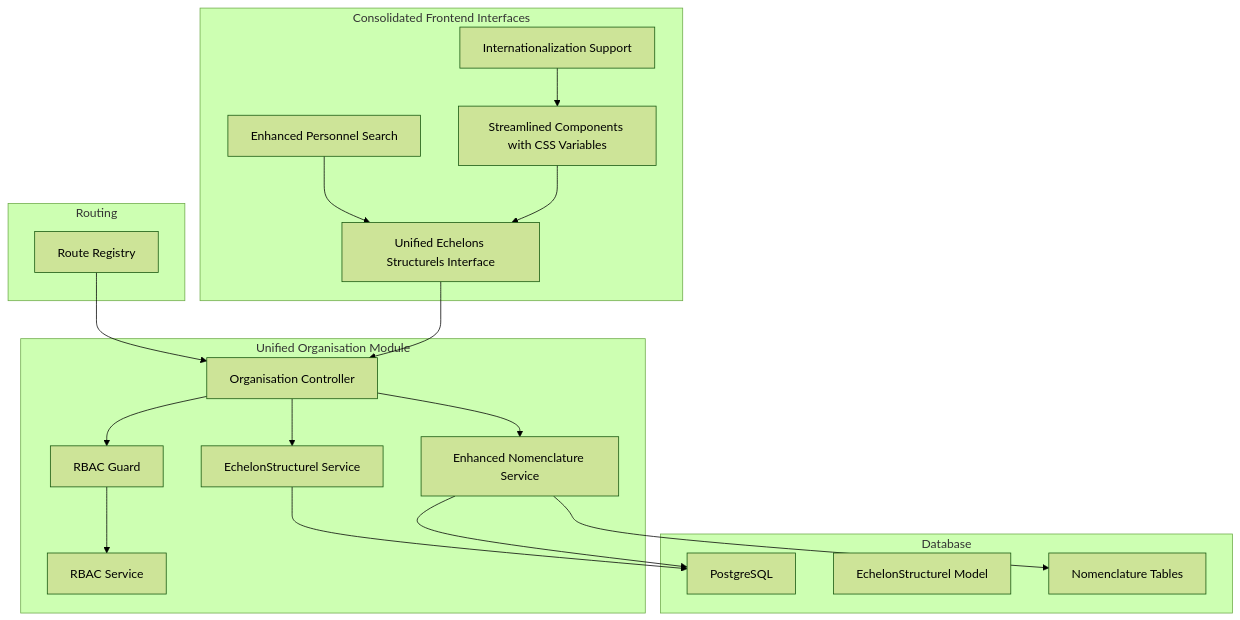
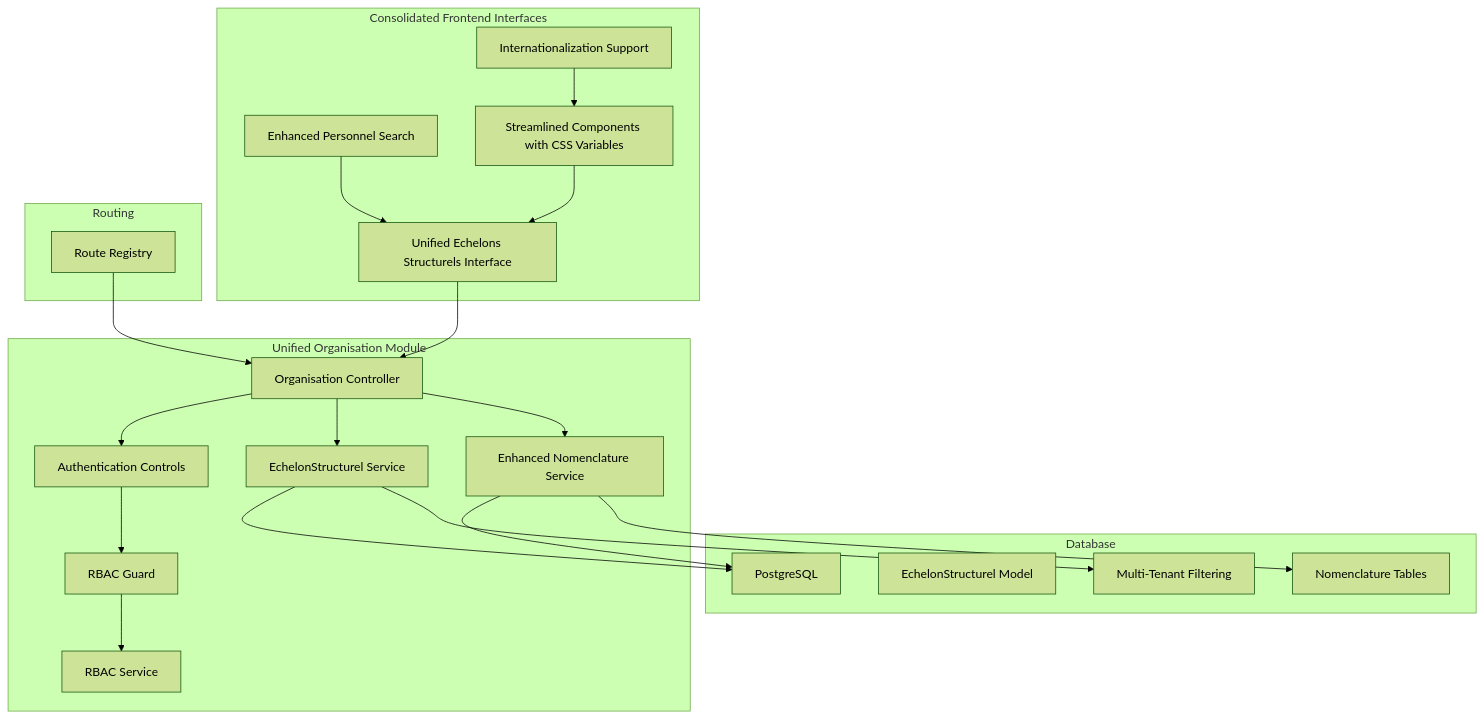
Before and after one commit to franckylab/eLISAschool: the first of 10 diagrams in .qoder/repowiki/en/content/Human Resources Management/Personnel Administration/Organizational Structure.md, drawn with Mermaid (forest theme). The commit also changed other lines of this file and 49 other files, not shown here.

````diff
--- a/.qoder/repowiki/en/content/Human Resources Management/Personnel Administration/Organizational Structure.md
+++ b/.qoder/repowiki/en/content/Human Resources Management/Personnel Administration/Organizational Structure.md
@@ -50,36 +52,40 @@
 ```mermaid
 graph TB
 subgraph "Database"
 DB["PostgreSQL"]
 EchelonStruct["EchelonStructurel Model"]
 NomenclatureTables["Nomenclature Tables"]
+MultiTenant["Multi-Tenant Filtering"]
 end
 subgraph "Unified Organisation Module"
 OrgCtrl["Organisation Controller"]
 EchelonSvc["EchelonStructurel Service"]
 NomenclatureSvc["Enhanced Nomenclature Service"]
 RbacGuard["RBAC Guard"]
 RbacSvc["RBAC Service"]
+AuthControl["Authentication Controls"]
 end
 subgraph "Consolidated Frontend Interfaces"
 UnifiedInterface["Unified Echelons Structurels Interface"]
 EnhancedSearch["Enhanced Personnel Search"]
 StreamlinedComponents["Streamlined Components with CSS Variables"]
 I18nSupport["Internationalization Support"]
 end
 subgraph "Routing"
 Router["Route Registry"]
 end
 Router --> OrgCtrl
+OrgCtrl --> AuthControl
+AuthControl --> RbacGuard
+RbacGuard --> RbacSvc
 OrgCtrl --> EchelonSvc
 OrgCtrl --> NomenclatureSvc
 EchelonSvc --> DB
+EchelonSvc --> MultiTenant
 NomenclatureSvc --> DB
 NomenclatureSvc --> NomenclatureTables
-OrgCtrl --> RbacGuard
-RbacGuard --> RbacSvc
 UnifiedInterface --> OrgCtrl
 EnhancedSearch --> UnifiedInterface
 StreamlinedComponents --> UnifiedInterface
 I18nSupport --> StreamlinedComponents
 ```
````
